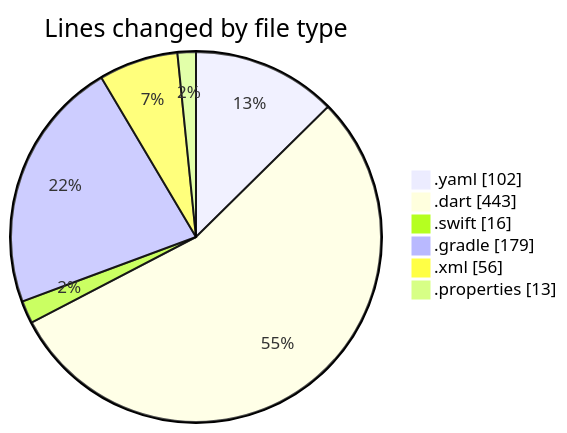
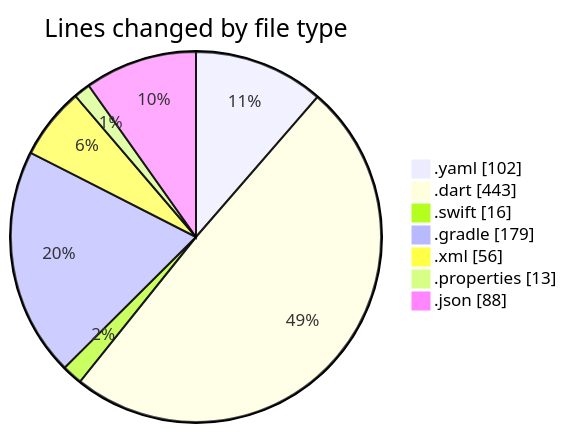
One commit to donsfak/code-tracking changed the first of 2 diagrams in 2025-02-04/maps_clone/README.md. Above: the diagram before and after it, drawn with Mermaid. The commit also changed other lines of this file and 1 other file, not shown here.

````diff
--- a/2025-02-04/maps_clone/README.md
+++ b/2025-02-04/maps_clone/README.md
@@ -28,10 +29,11 @@
 ```mermaid
 pie showData
 title Lines changed by file type
 ".yaml" : 102
 ".dart" : 443
 ".swift" : 16
 ".gradle" : 179
 ".xml" : 56
 ".properties" : 13
+".json" : 88
 ```
````
